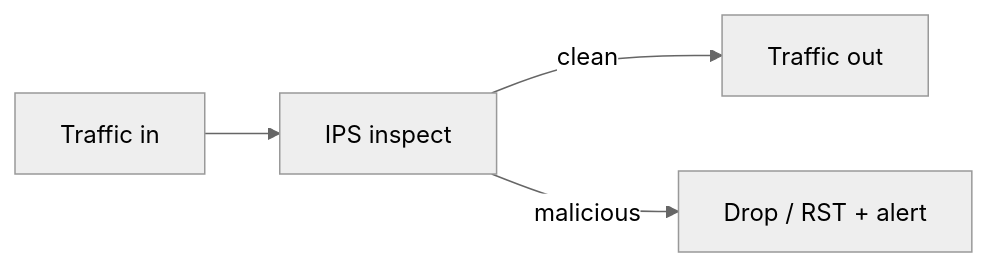
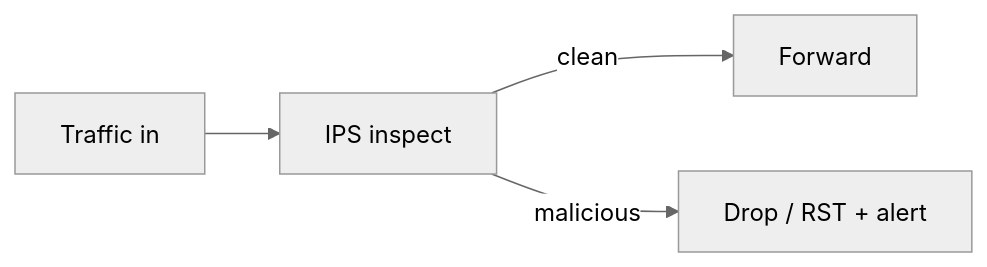
The sixth of 12 diagrams in learning/13-dlp-idps.md (omnayak27199/pktana), drawn with Mermaid (neutral theme) before and after one commit. The commit also changed other lines of this file and 14 other files, not shown here.

````diff
--- a/learning/13-dlp-idps.md
+++ b/learning/13-dlp-idps.md
@@ -77,6 +169,6 @@
 ```mermaid
 flowchart LR
   In[Traffic in] --> IPS[IPS inspect]
-  IPS -->|clean| Out[Traffic out]
+  IPS -->|clean| Out[Forward]
   IPS -->|malicious| Drop[Drop / RST + alert]
 ```
````
